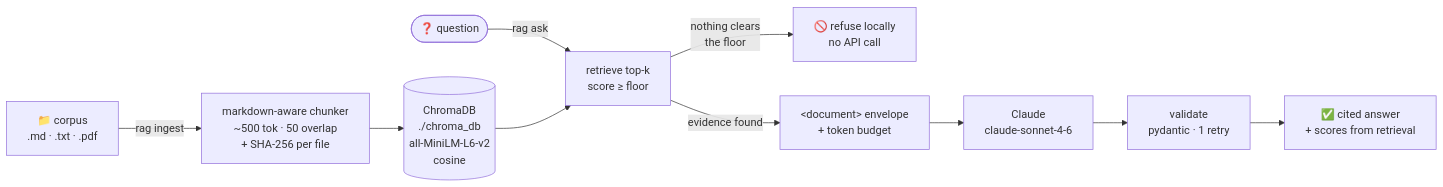
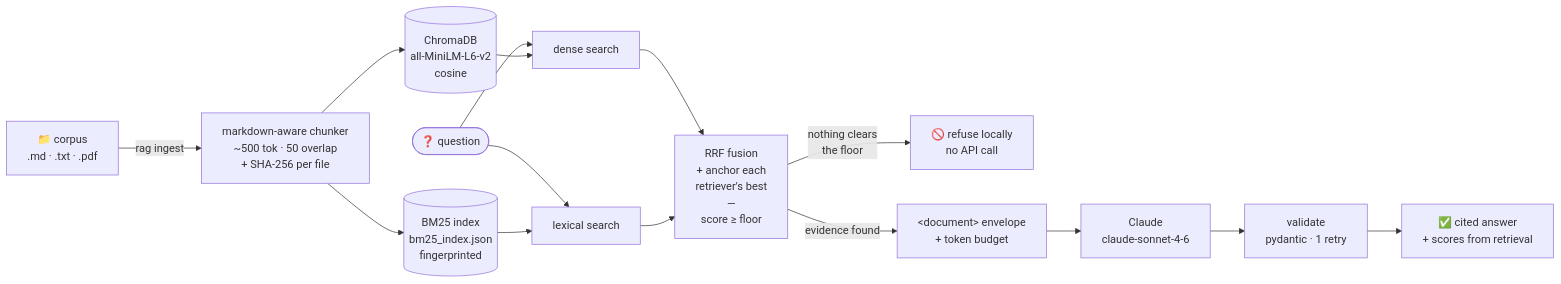
The diagram in README.md (ahmed-hashim-pro/rag-knowledge-agent), drawn with Mermaid before and after one commit. The commit also changed other lines of this file and 12 other files, not shown here.

````diff
--- a/README.md
+++ b/README.md
@@ -14,12 +15,17 @@
 ```mermaid
 flowchart LR
     A["📁 corpus<br/>.md · .txt · .pdf"] -->|"rag ingest"| B["markdown-aware chunker<br/>~500 tok · 50 overlap<br/>+ SHA-256 per file"]
-    B --> C[("ChromaDB<br/>./chroma_db<br/>all-MiniLM-L6-v2<br/>cosine")]
-    D(["❓ question"]) -->|"rag ask"| E["retrieve top-k<br/>score ≥ floor"]
-    C --> E
+    B --> C[("ChromaDB<br/>all-MiniLM-L6-v2<br/>cosine")]
+    B --> L[("BM25 index<br/>bm25_index.json<br/>fingerprinted")]
+    D(["❓ question"]) --> V["dense search"]
+    D --> W["lexical search"]
+    C --> V
+    L --> W
+    V --> E["RRF fusion<br/>+ anchor each<br/>retriever's best<br/>—<br/>score ≥ floor"]
+    W --> E
     E -->|"nothing clears<br/>the floor"| F["🚫 refuse locally<br/>no API call"]
     E -->|"evidence found"| G["&lt;document&gt; envelope<br/>+ token budget"]
     G --> H["Claude<br/>claude-sonnet-4-6"]
     H --> I["validate<br/>pydantic · 1 retry"]
     I --> J["✅ cited answer<br/>+ scores from retrieval"]
 ```
````
